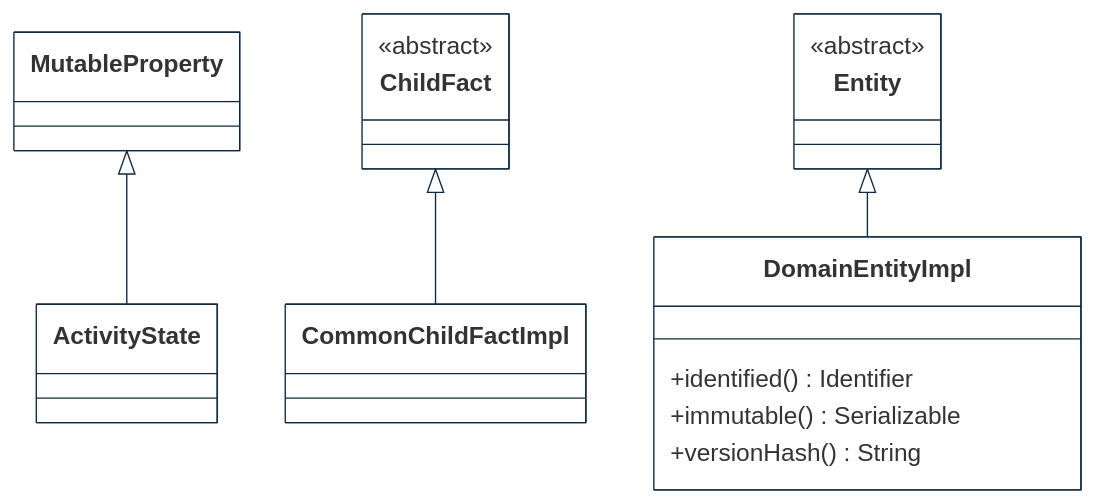
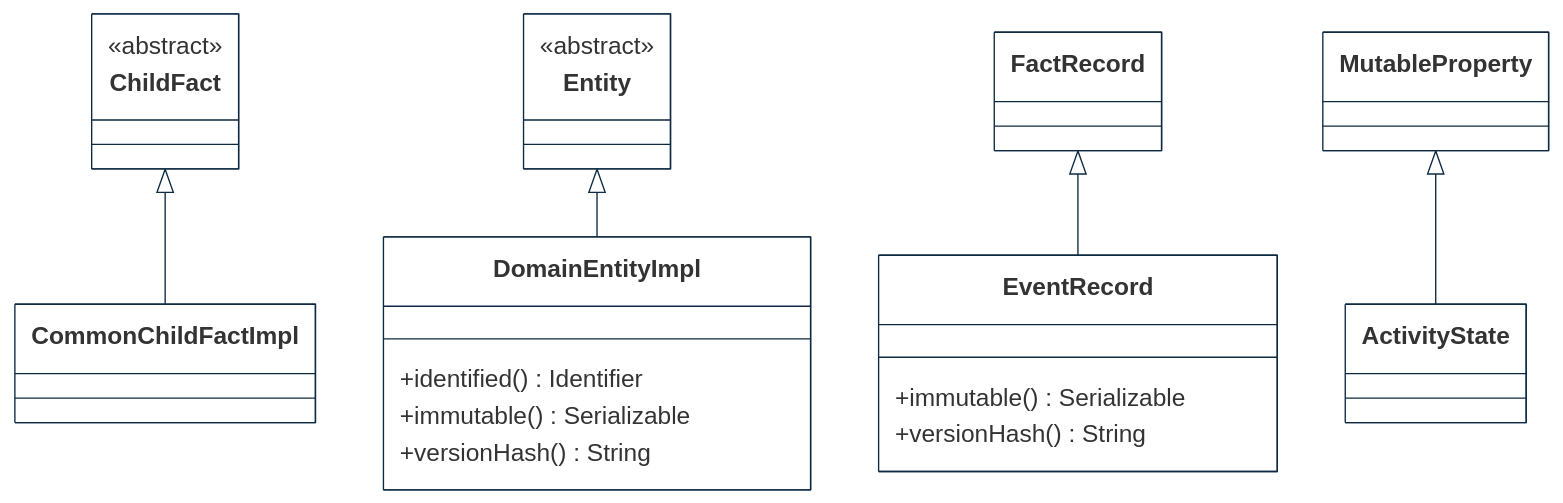
One commit to cybnity/foundation changed the second of 5 diagrams in implementations-line/framework/domain/designview-packages.md. Above: the diagram before and after it, drawn with Mermaid. The commit also changed other lines of this file, not shown here.

````diff
--- a/implementations-line/framework/domain/designview-packages.md
+++ b/implementations-line/framework/domain/designview-packages.md
@@ -60,35 +60,41 @@
 ```mermaid
 %%{
   init: {
     'theme': 'base',
     'themeVariables': {
         'background': '#ffffff',
         'fontFamily': 'arial',
         'fontSize': '18px',
         'primaryColor': '#fff',
         'primaryBorderColor': '#0e2a43',
         'secondaryBorderColor': '#0e2a43',
         'tertiaryBorderColor': '#0e2a43',
         'edgeLabelBackground':'#0e2a43',
         'lineColor': '#0e2a43',
         'tertiaryColor': '#fff'
     }
   }
 }%%
 classDiagram
-    MutableProperty <|-- ActivityState
     ChildFact <|-- CommonChildFactImpl
     Entity <|-- DomainEntityImpl
+    FactRecord <|-- EventRecord
+    MutableProperty <|-- ActivityState
+
     class Entity {
         <<abstract>>
     }
     class DomainEntityImpl {
         +identified() Identifier
         +immutable() Serializable
         +versionHash() String
     }
     class ChildFact {
         <<abstract>>
     }
+    class EventRecord {
+        +immutable() Serializable
+        +versionHash() String
+    }
 
 ```
````
